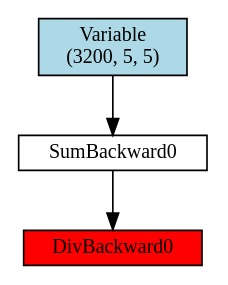
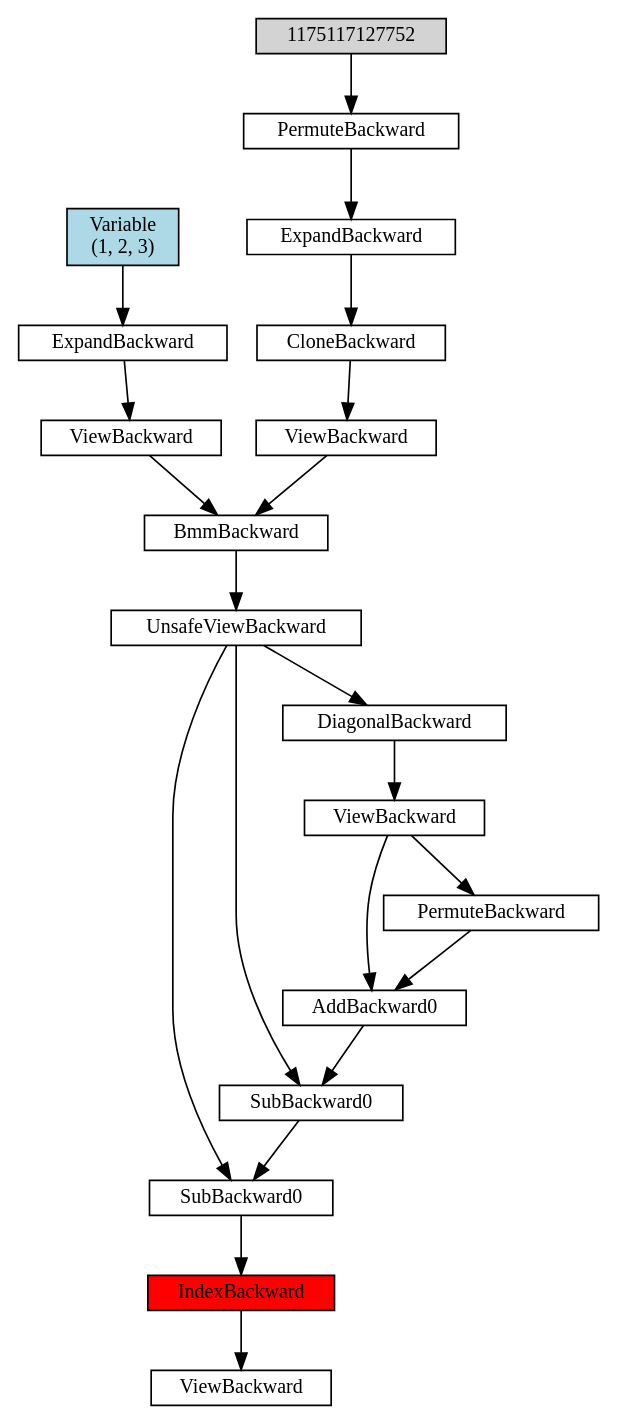
The diagram in bin/Digraph.gv (pokleung5/FYP), drawn with Graphviz before and after one commit. The commit also changed 1798 other files, not shown here.

```diff
--- a/bin/Digraph.gv
+++ b/bin/Digraph.gv
@@ -1,10 +1,42 @@
 digraph {
 	graph [size="12,12"]
 	node [align=left fontsize=12 height=0.2 ranksep=0.1 shape=box style=filled]
-	1747571854344 [label=DivBackward0 fillcolor=red]
-	1747571853384 -> 1747571854344
-	1747571853384 [label=SumBackward0 fillcolor=white]
-	1747570913912 -> 1747571853384
-	1747570913912 [label="Variable
- (3200, 5, 5)" fillcolor=lightblue]
+	1175116412360 [label=ViewBackward fillcolor=white]
+	1175116411464 -> 1175116412360
+	1175116411464 [label=IndexBackward fillcolor=red]
+	1175116990792 -> 1175116411464
+	1175116990792 [label=SubBackward0 fillcolor=white]
+	1175116412744 -> 1175116990792
+	1175123165896 -> 1175116990792
+	1175123165896 [label=UnsafeViewBackward fillcolor=white]
+	1175124495560 -> 1175123165896
+	1175124495560 [label=BmmBackward fillcolor=white]
+	1175123168712 -> 1175124495560
+	1175115502472 -> 1175124495560
+	1175115502472 [label=ViewBackward fillcolor=white]
+	1175124263368 -> 1175115502472
+	1175124263368 [label=CloneBackward fillcolor=white]
+	1175115502344 -> 1175124263368
+	1175115502344 [label=ExpandBackward fillcolor=white]
+	1175115503112 -> 1175115502344
+	1175115503112 [label=PermuteBackward fillcolor=white]
+	1175117127752 -> 1175115503112
+	1175114766200 [label="Variable
+ (1, 2, 3)" fillcolor=lightblue]
+	1175123168712 [label=ViewBackward fillcolor=white]
+	1175123506760 -> 1175123168712
+	1175123506760 [label=ExpandBackward fillcolor=white]
+	1175114766200 -> 1175123506760
+	1175116412744 [label=SubBackward0 fillcolor=white]
+	1175123507528 -> 1175116412744
+	1175123165896 -> 1175116412744
+	1175123507528 [label=AddBackward0 fillcolor=white]
+	1175115505160 -> 1175123507528
+	1175117091272 -> 1175123507528
+	1175117091272 [label=PermuteBackward fillcolor=white]
+	1175115505160 -> 1175117091272
+	1175115505160 [label=ViewBackward fillcolor=white]
+	1175117094216 -> 1175115505160
+	1175117094216 [label=DiagonalBackward fillcolor=white]
+	1175123165896 -> 1175117094216
 }
```
